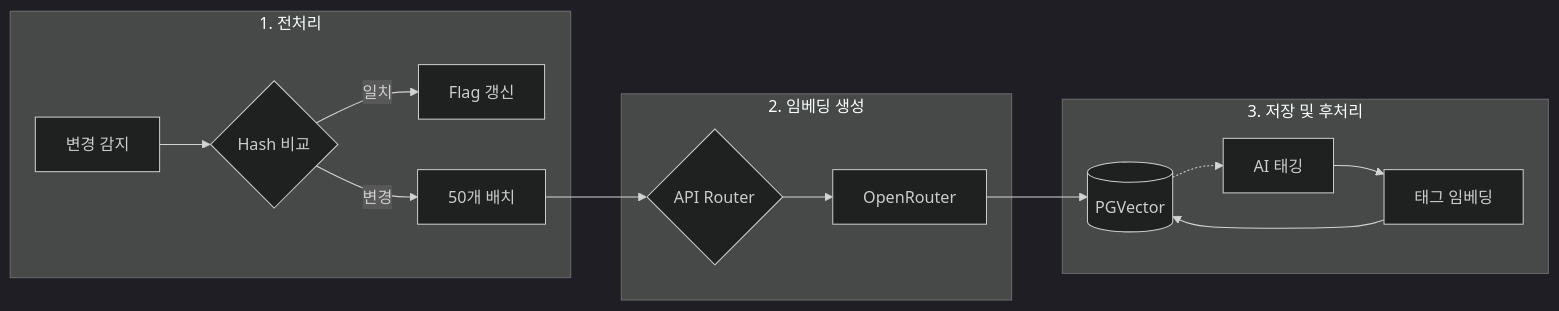
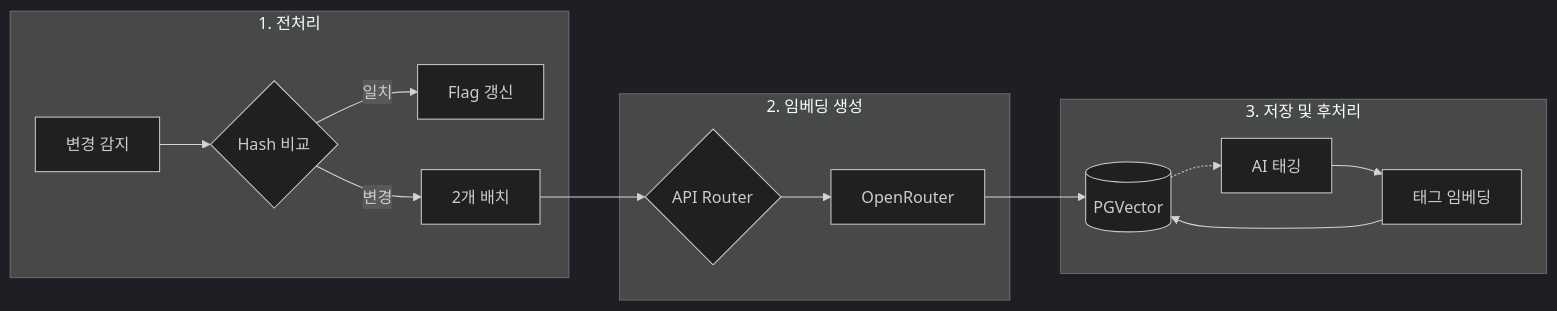
The first of 2 diagrams in README.md (team-croni/Cromo), drawn with Mermaid (dark theme) before and after one commit. The commit also changed other lines of this file and 13 other files, not shown here.

````diff
--- a/README.md
+++ b/README.md
@@ -121,20 +119,20 @@
 ```mermaid
 graph LR
     subgraph "1. 전처리"
         Scan[변경 감지] --> Hash{Hash 비교}
         Hash -- "일치" --> Flag["Flag 갱신"]
-        Hash -- "변경" --> Batch["50개 배치"]
+        Hash -- "변경" --> Batch["2개 배치"]
     end
 
     subgraph "2. 임베딩 생성"
         Batch --> Router{API Router}
         Router --> Cloud["OpenRouter"]
     end
 
     subgraph "3. 저장 및 후처리"
         Cloud --> DB[("PGVector")]
         DB -.-> AutoTag["AI 태깅"]
         AutoTag --> TagEmbed["태그 임베딩"]
         TagEmbed --> DB
     end
 ```
````
